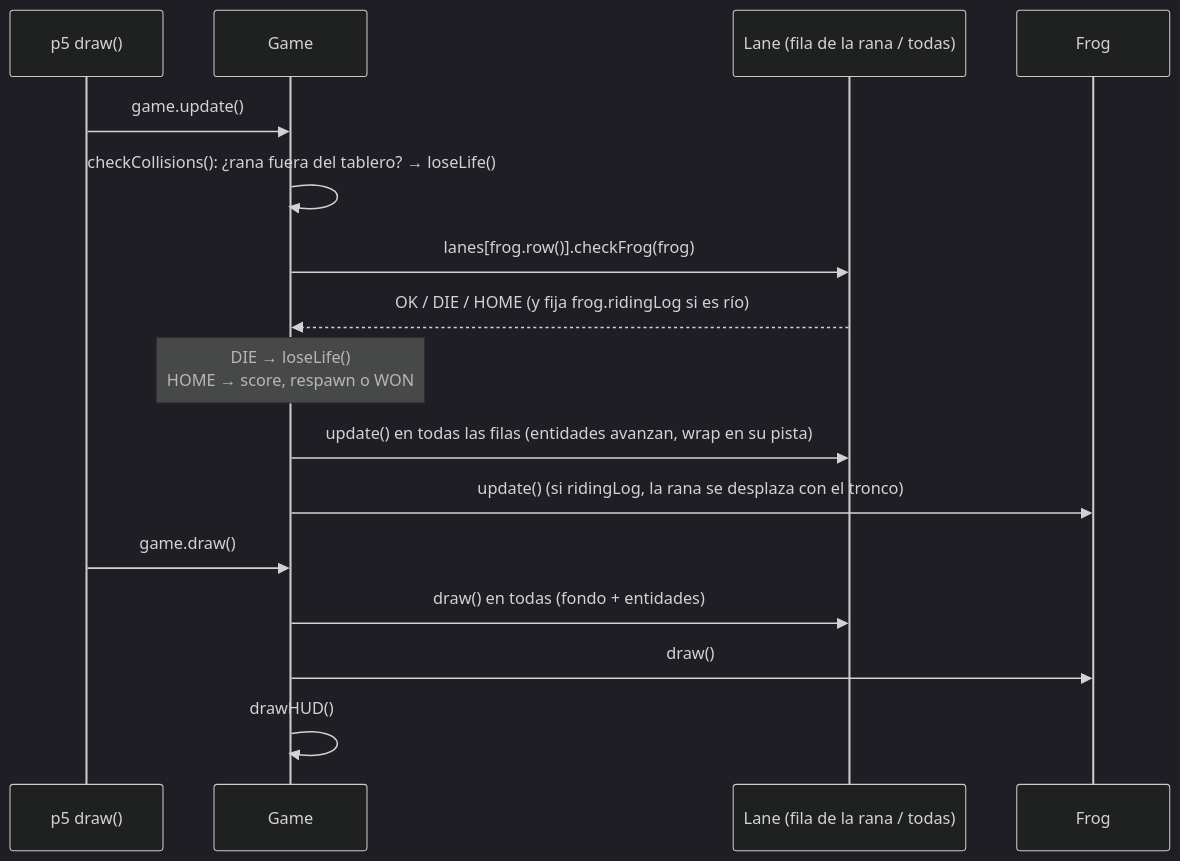
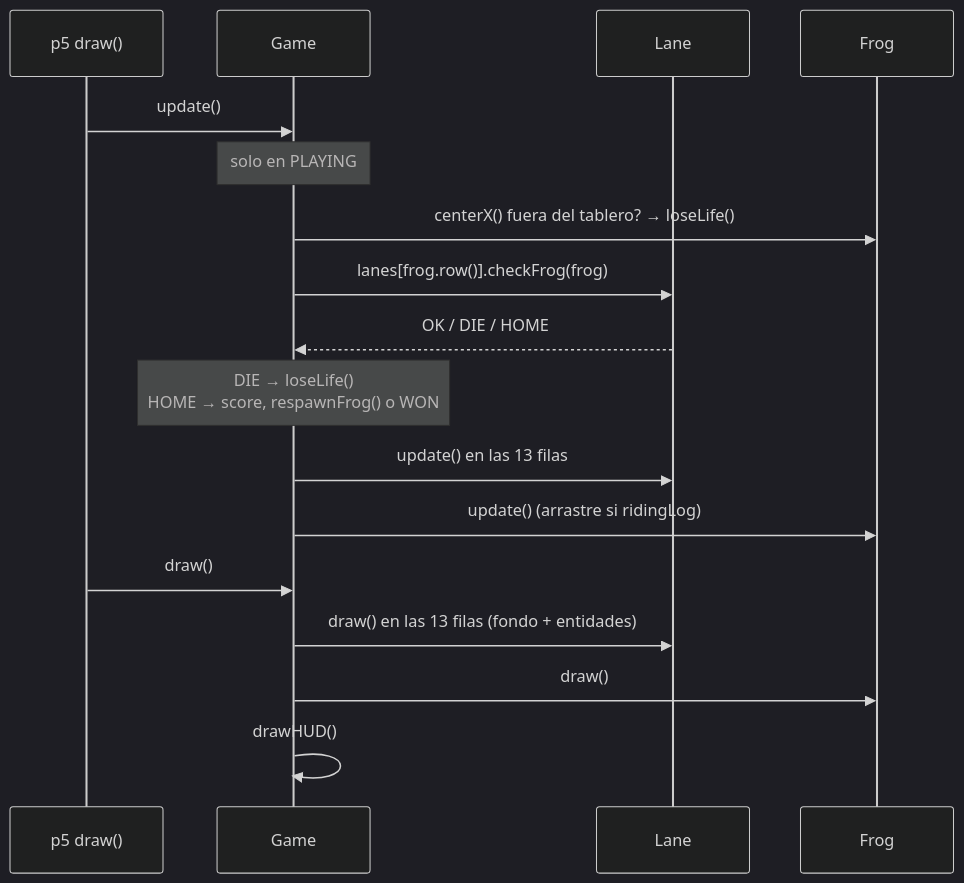
Before and after one commit to ShryhakAkizuki/Frogger-Visual_Computing_2026-II: the third of 3 diagrams in docs/ARQUITECTURA.md, drawn with Mermaid (dark theme). The commit also changed other lines of this file and 5 other files, not shown here.

Commit message:
Updated architecture and code comments

````diff
--- a/docs/ARQUITECTURA.md
+++ b/docs/ARQUITECTURA.md
@@ -191,18 +242,21 @@
 ```mermaid
 sequenceDiagram
     participant P5 as p5 draw()
     participant G as Game
-    participant L as Lane (fila de la rana / todas)
+    participant L as Lane
     participant F as Frog
-    P5->>G: game.update()
-    G->>G: checkCollisions(): ¿rana fuera del tablero? → loseLife()
+
+    P5->>G: update()
+    Note over G: solo en PLAYING
+    G->>F: centerX() fuera del tablero? → loseLife()
     G->>L: lanes[frog.row()].checkFrog(frog)
-    L-->>G: OK / DIE / HOME (y fija frog.ridingLog si es río)
-    Note over G: DIE → loseLife()<br/>HOME → score, respawn o WON
-    G->>L: update() en todas las filas (entidades avanzan, wrap en su pista)
-    G->>F: update() (si ridingLog, la rana se desplaza con el tronco)
-    P5->>G: game.draw()
-    G->>L: draw() en todas (fondo + entidades)
+    L-->>G: OK / DIE / HOME
+    Note over G: DIE → loseLife()<br/>HOME → score, respawnFrog() o WON
+    G->>L: update() en las 13 filas
+    G->>F: update() (arrastre si ridingLog)
+
+    P5->>G: draw()
+    G->>L: draw() en las 13 filas (fondo + entidades)
     G->>F: draw()
     G->>G: drawHUD()
 ```
````
